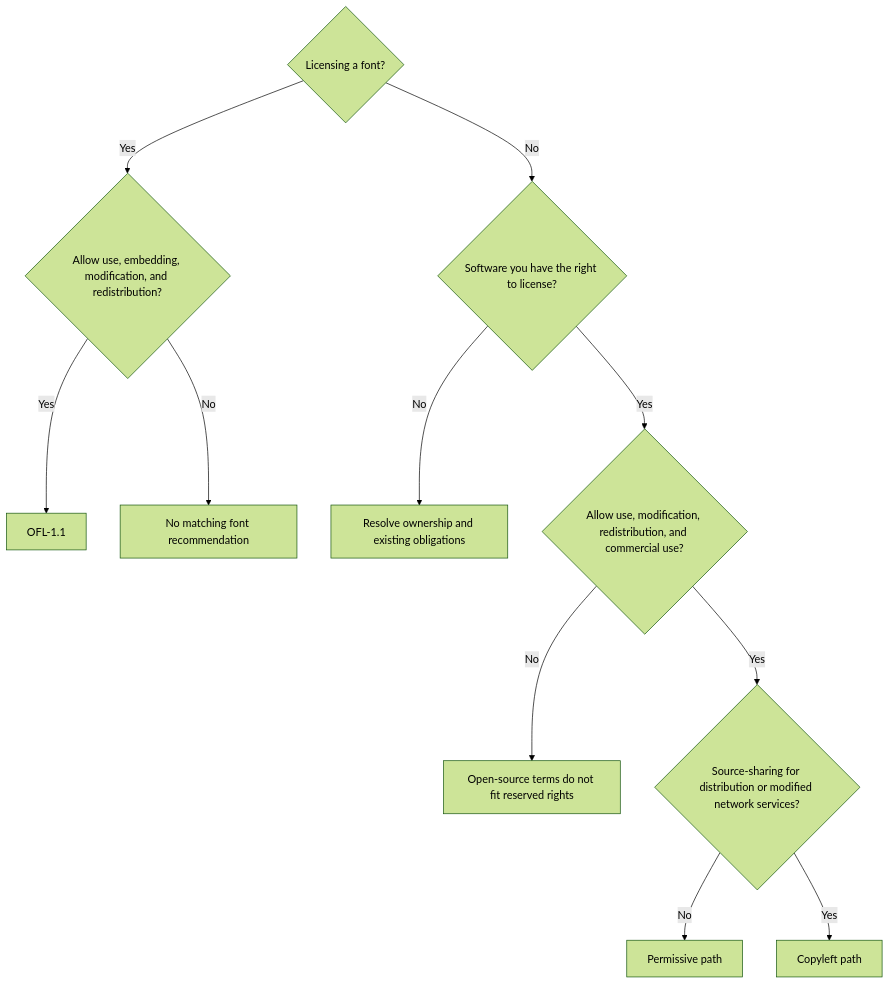
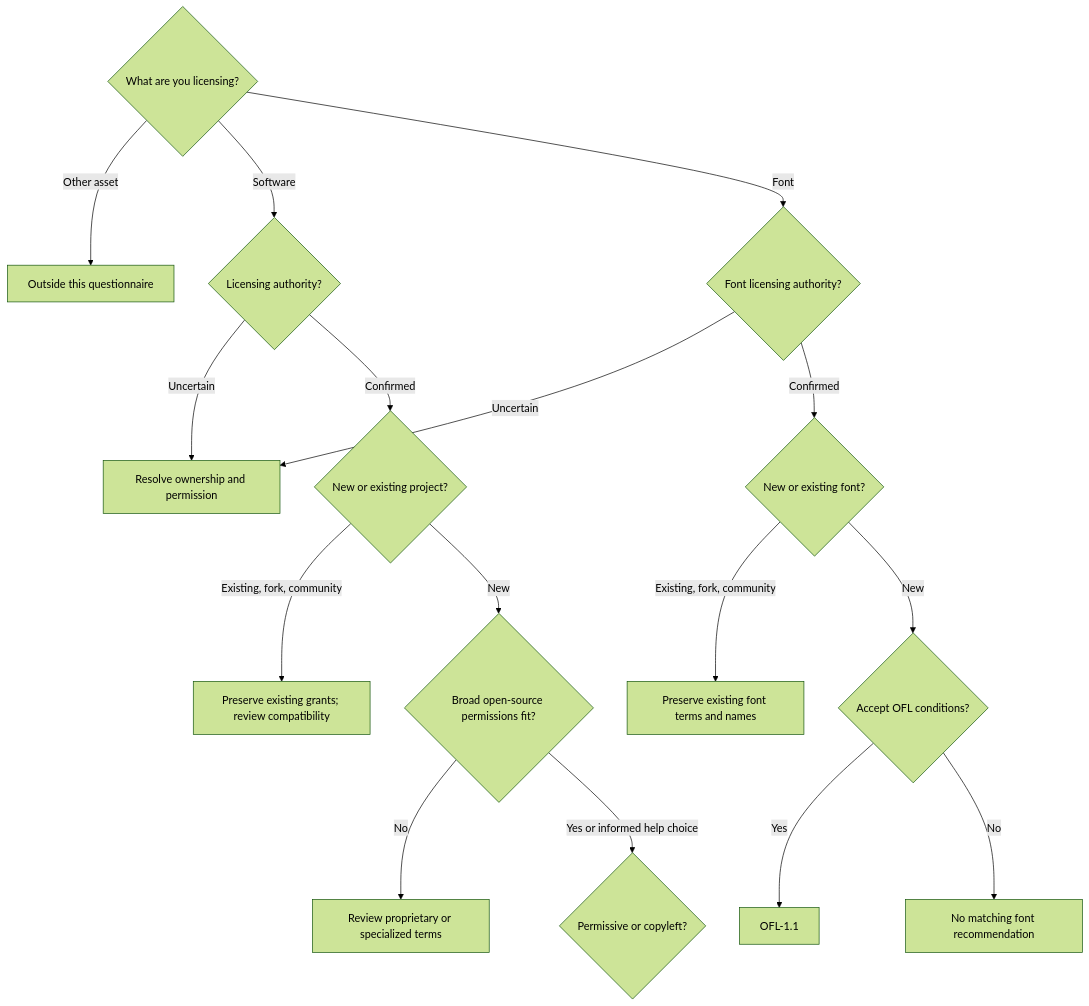
The first of 2 diagrams in TREE_STRUCTURE.md (lucasfth/repolicense-cli), drawn with Mermaid (forest theme) before and after one commit. The commit also changed other lines of this file and 10 other files, not shown here.

````diff
--- a/TREE_STRUCTURE.md
+++ b/TREE_STRUCTURE.md
@@ -7,14 +7,19 @@
 ```mermaid
 flowchart TD
-    Font{Licensing a font?}
-    Font -->|Yes| FontRights{Allow use, embedding, modification, and redistribution?}
-    FontRights -->|Yes| OFL[OFL-1.1]
-    FontRights -->|No| FontAdvice[No matching font recommendation]
-    Font -->|No| Ownership{Software you have the right to license?}
-    Ownership -->|No| OwnershipAdvice[Resolve ownership and existing obligations]
-    Ownership -->|Yes| Rights{Allow use, modification, redistribution, and commercial use?}
-    Rights -->|No| RightsAdvice[Open-source terms do not fit reserved rights]
-    Rights -->|Yes| Sharing{Source-sharing for distribution or modified network services?}
-    Sharing -->|No| Permissive[Permissive path]
-    Sharing -->|Yes| Copyleft[Copyleft path]
+    Type{What are you licensing?}
+    Type -->|Other asset| Scope[Outside this questionnaire]
+    Type -->|Software| Rights{Licensing authority?}
+    Type -->|Font| FontRights{Font licensing authority?}
+    Rights -->|Uncertain| Ownership[Resolve ownership and permission]
+    FontRights -->|Uncertain| Ownership
+    Rights -->|Confirmed| Existing{New or existing project?}
+    FontRights -->|Confirmed| FontExisting{New or existing font?}
+    Existing -->|Existing, fork, community| Terms[Preserve existing grants; review compatibility]
+    FontExisting -->|Existing, fork, community| FontTerms[Preserve existing font terms and names]
+    Existing -->|New| Permissions{Broad open-source permissions fit?}
+    Permissions -->|No| Reserved[Review proprietary or specialized terms]
+    Permissions -->|Yes or informed help choice| Model{Permissive or copyleft?}
+    FontExisting -->|New| OFLTerms{Accept OFL conditions?}
+    OFLTerms -->|Yes| OFL[OFL-1.1]
+    OFLTerms -->|No| FontMismatch[No matching font recommendation]
 ```
````
